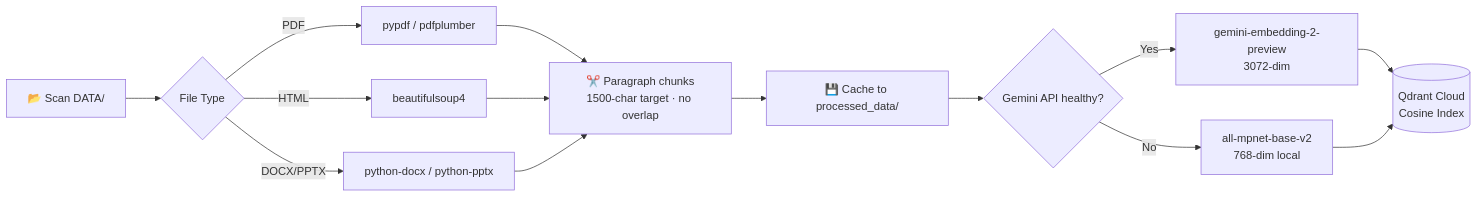
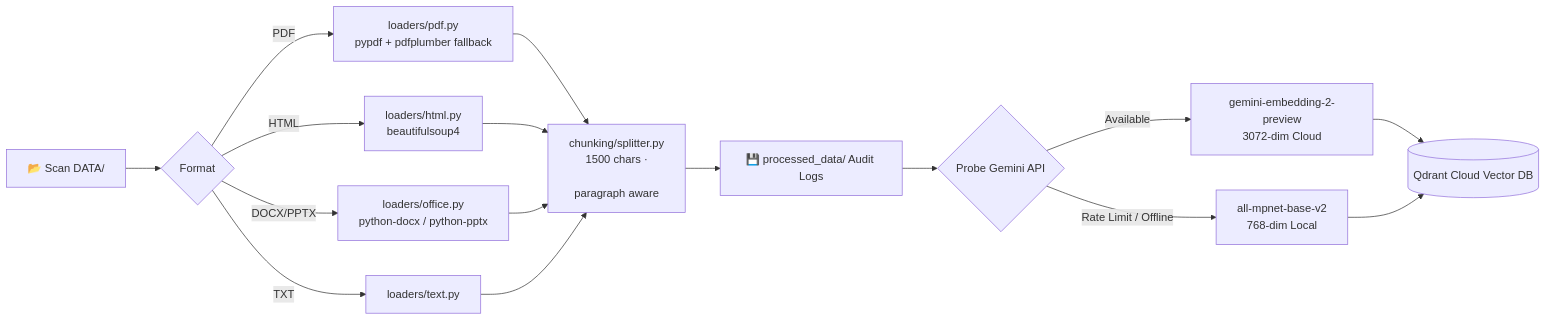
Before and after one commit to kingspy89/production-advance-rag: the fourth of 4 diagrams in README.md, drawn with Mermaid. The commit also changed other lines of this file, not shown here.

Commit message:
docs: update README.md and add resume pdf

````diff
--- a/README.md
+++ b/README.md
@@ -182,13 +382,15 @@
 ```mermaid
 flowchart LR
-    A[📂 Scan DATA/] --> B{File Type}
-    B -- PDF --> C[pypdf / pdfplumber]
-    B -- HTML --> D[beautifulsoup4]
-    B -- DOCX/PPTX --> E[python-docx / python-pptx]
-    C & D & E --> F[✂️ Paragraph chunks<br/>1500-char target · no overlap]
-    F --> G[💾 Cache to processed_data/]
-    G --> H{Gemini API healthy?}
-    H -- Yes --> I[gemini-embedding-2-preview<br/>3072-dim]
-    H -- No --> J[all-mpnet-base-v2<br/>768-dim local]
-    I & J --> K[(Qdrant Cloud<br/>Cosine Index)]
+    A[📂 Scan DATA/] --> B{Format}
+    B -- PDF --> C[loaders/pdf.py<br/>pypdf + pdfplumber fallback]
+    B -- HTML --> D[loaders/html.py<br/>beautifulsoup4]
+    B -- DOCX/PPTX --> E[loaders/office.py<br/>python-docx / python-pptx]
+    B -- TXT --> F[loaders/text.py]
+    
+    C & D & E & F --> G[chunking/splitter.py<br/>1500 chars · \n\n paragraph aware]
+    G --> H[💾 processed_data/ Audit Logs]
+    H --> I{Probe Gemini API}
+    I -- Available --> J[gemini-embedding-2-preview<br/>3072-dim Cloud]
+    I -- Rate Limit / Offline --> K[all-mpnet-base-v2<br/>768-dim Local]
+    J & K --> L[(Qdrant Cloud Vector DB)]
 ```
````
